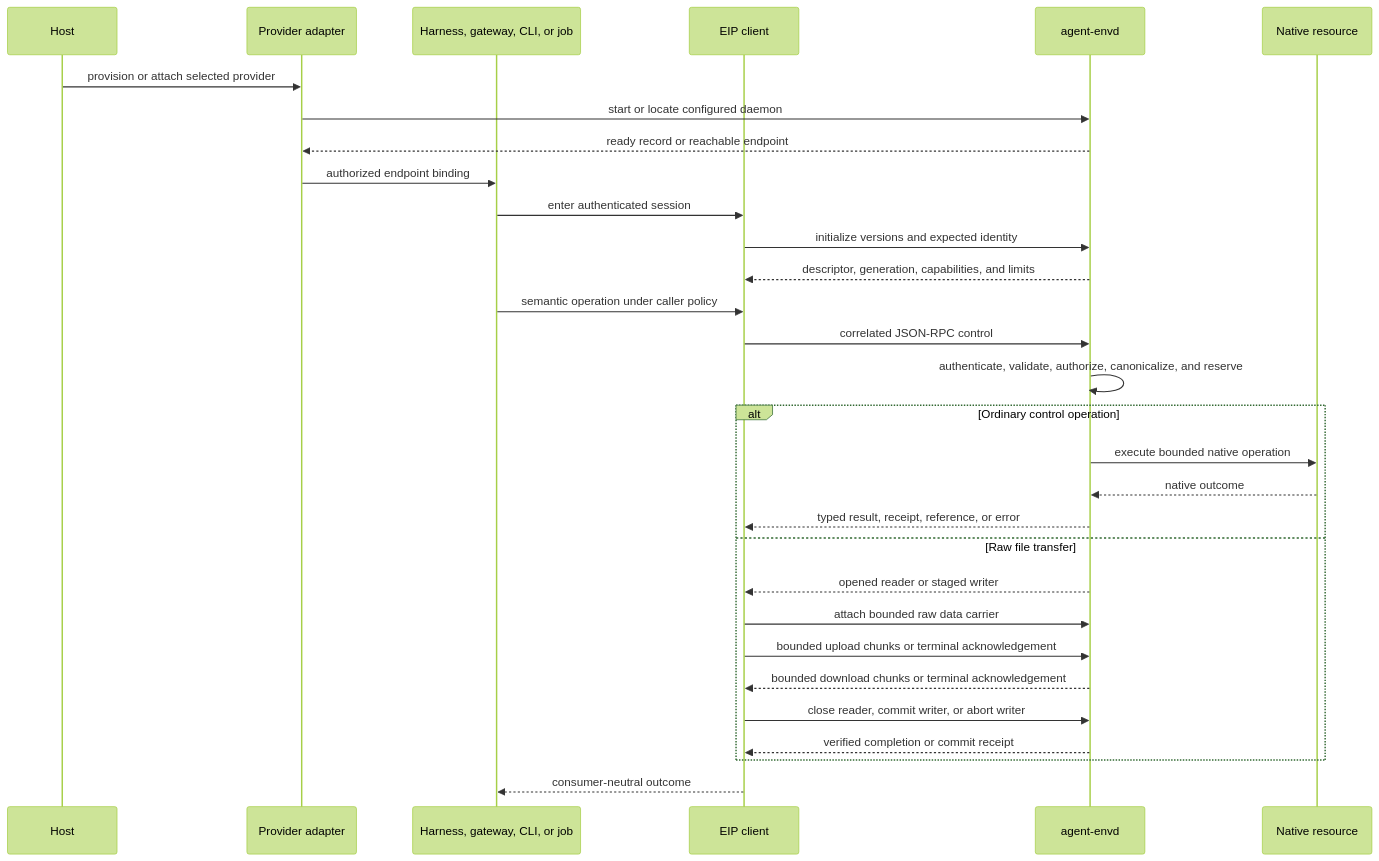
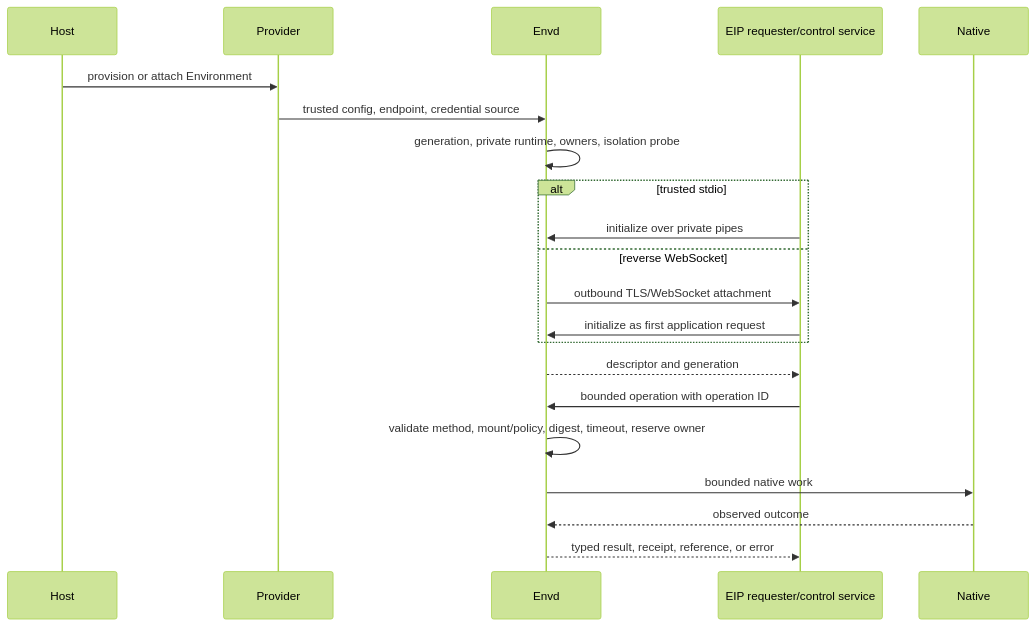
One commit to LTThreeComma/agent-foundation changed the second of 2 diagrams in spec/agent-envd/00-overview.md. Above: the diagram before and after it, drawn with Mermaid (forest theme). The commit also changed other lines of this file and 150 other files, not shown here.

````diff
--- a/spec/agent-envd/00-overview.md
+++ b/spec/agent-envd/00-overview.md
@@ -122,33 +130,24 @@
 ```mermaid
 sequenceDiagram
     participant Host
-    participant Adapter as Provider adapter
-    participant Consumer as Harness, gateway, CLI, or job
-    participant Client as EIP client
-    participant Envd as agent-envd
-    participant Native as Native resource
+    participant Provider
+    participant Envd
+    participant Control as EIP requester/control service
+    participant Native
 
-    Host->>Adapter: provision or attach selected provider
-    Adapter->>Envd: start or locate configured daemon
-    Envd-->>Adapter: ready record or reachable endpoint
-    Adapter->>Consumer: authorized endpoint binding
-    Consumer->>Client: enter authenticated session
-    Client->>Envd: initialize versions and expected identity
-    Envd-->>Client: descriptor, generation, capabilities, and limits
-    Consumer->>Client: semantic operation under caller policy
-    Client->>Envd: correlated JSON-RPC control
-    Envd->>Envd: authenticate, validate, authorize, canonicalize, and reserve
-    alt Ordinary control operation
-        Envd->>Native: execute bounded native operation
-        Native-->>Envd: native outcome
-        Envd-->>Client: typed result, receipt, reference, or error
-    else Raw file transfer
-        Envd-->>Client: opened reader or staged writer
-        Client->>Envd: attach bounded raw data carrier
-        Client->>Envd: bounded upload chunks or terminal acknowledgement
-        Envd-->>Client: bounded download chunks or terminal acknowledgement
-        Client->>Envd: close reader, commit writer, or abort writer
-        Envd-->>Client: verified completion or commit receipt
+    Host->>Provider: provision or attach Environment
+    Provider->>Envd: trusted config, endpoint, credential source
+    Envd->>Envd: generation, private runtime, owners, isolation probe
+    alt trusted stdio
+        Control->>Envd: initialize over private pipes
+    else reverse WebSocket
+        Envd->>Control: outbound TLS/WebSocket attachment
+        Control->>Envd: initialize as first application request
     end
-    Client-->>Consumer: consumer-neutral outcome
+    Envd-->>Control: descriptor and generation
+    Control->>Envd: bounded operation with operation ID
+    Envd->>Envd: validate method, mount/policy, digest, timeout, reserve owner
+    Envd->>Native: bounded native work
+    Native-->>Envd: observed outcome
+    Envd-->>Control: typed result, receipt, reference, or error
 ```
````
